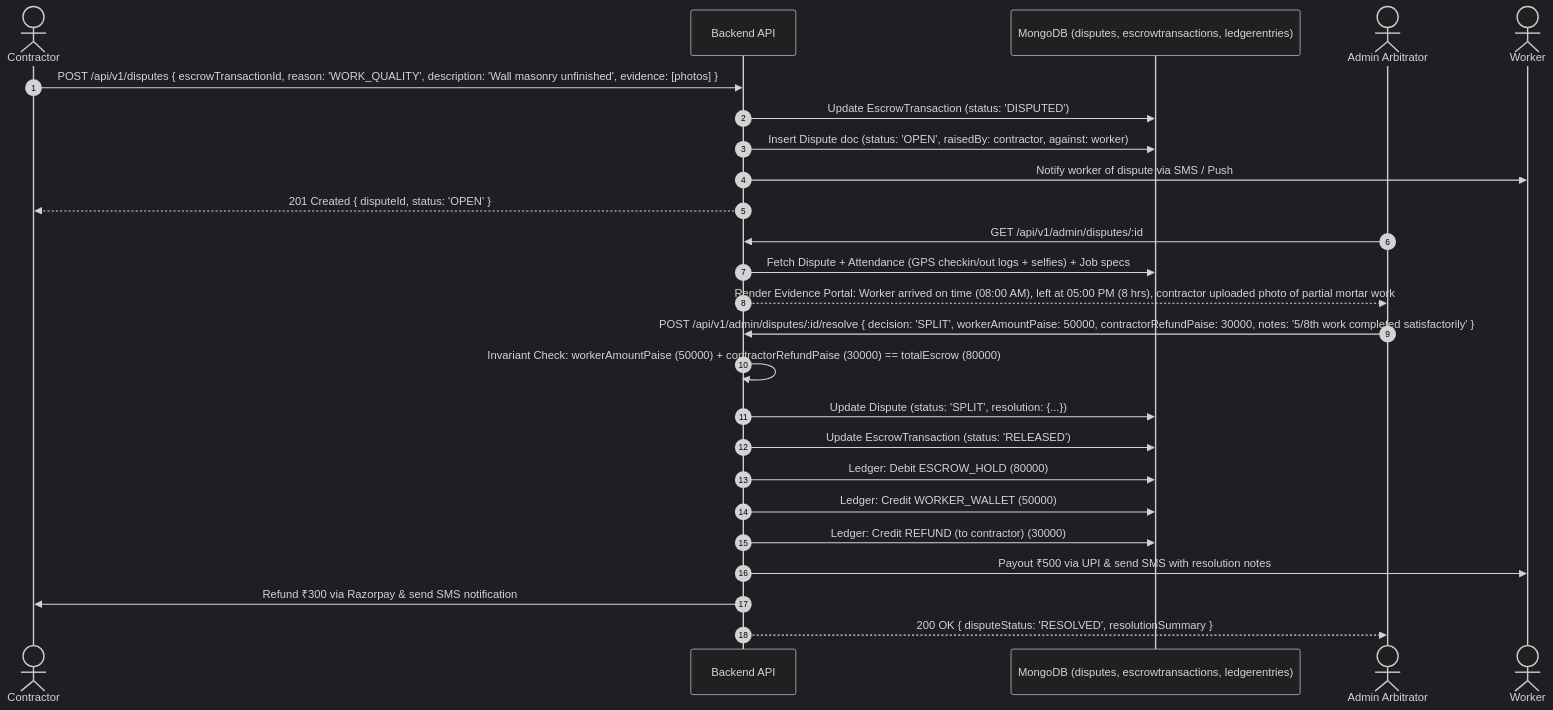
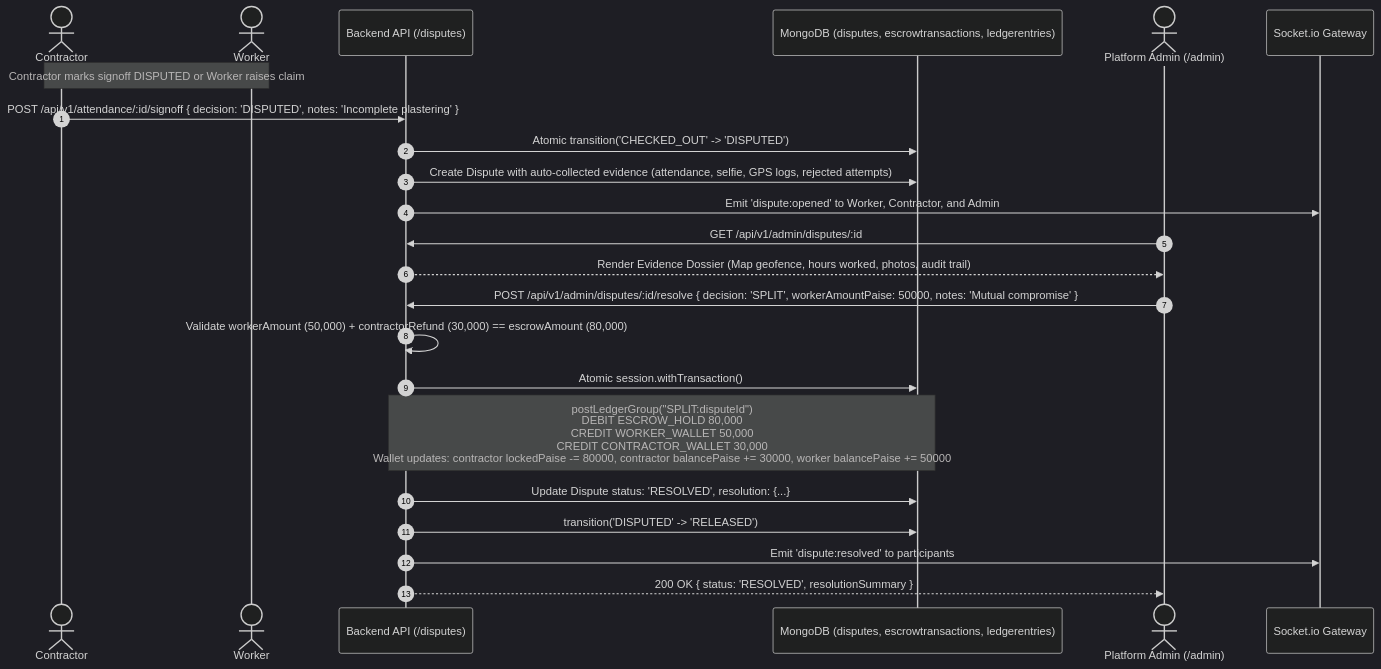
The ninth of 11 diagrams in docs/architecture.md (kasimshah19/WorkPulse), drawn with Mermaid (dark theme) before and after one commit. The commit also changed other lines of this file and 76 other files, not shown here.

Commit message:
feat: phase 5 escrow, double-entry ledger, razorpay topup, state machine, auto-approval, payouts, disputes

````diff
--- a/docs/architecture.md
+++ b/docs/architecture.md
@@ -255,33 +368,30 @@
 ```mermaid
 sequenceDiagram
     autonumber
     actor C as Contractor
-    participant B as Backend API
+    actor W as Worker
+    participant B as Backend API (/disputes)
     participant DB as MongoDB (disputes, escrowtransactions, ledgerentries)
-    actor A as Admin Arbitrator
-    actor W as Worker
+    actor A as Platform Admin (/admin)
+    participant WS as Socket.io Gateway
 
-    C->>B: POST /api/v1/disputes { escrowTransactionId, reason: 'WORK_QUALITY', description: 'Wall masonry unfinished', evidence: [photos] }
-    B->>DB: Update EscrowTransaction (status: 'DISPUTED')
-    B->>DB: Insert Dispute doc (status: 'OPEN', raisedBy: contractor, against: worker)
-    B->>W: Notify worker of dispute via SMS / Push
-    B-->>C: 201 Created { disputeId, status: 'OPEN' }
+    Note over C,W: Contractor marks signoff DISPUTED or Worker raises claim
+    C->>B: POST /api/v1/attendance/:id/signoff { decision: 'DISPUTED', notes: 'Incomplete plastering' }
+    B->>DB: Atomic transition('CHECKED_OUT' -> 'DISPUTED')
+    B->>DB: Create Dispute with auto-collected evidence (attendance, selfie, GPS logs, rejected attempts)
+    B->>WS: Emit 'dispute:opened' to Worker, Contractor, and Admin
 
     A->>B: GET /api/v1/admin/disputes/:id
-    B->>DB: Fetch Dispute + Attendance (GPS checkin/out logs + selfies) + Job specs
-    B-->>A: Render Evidence Portal: Worker arrived on time (08:00 AM), left at 05:00 PM (8 hrs), contractor uploaded photo of partial mortar work
+    B-->>A: Render Evidence Dossier (Map geofence, hours worked, photos, audit trail)
 
-    A->>B: POST /api/v1/admin/disputes/:id/resolve { decision: 'SPLIT', workerAmountPaise: 50000, contractorRefundPaise: 30000, notes: '5/8th work completed satisfactorily' }
+    A->>B: POST /api/v1/admin/disputes/:id/resolve { decision: 'SPLIT', workerAmountPaise: 50000, notes: 'Mutual compromise' }
     
-    B->>B: Invariant Check: workerAmountPaise (50000) + contractorRefundPaise (30000) == totalEscrow (80000)
-    B->>DB: Update Dispute (status: 'SPLIT', resolution: {...})
-    B->>DB: Update EscrowTransaction (status: 'RELEASED')
+    B->>B: Validate workerAmount (50,000) + contractorRefund (30,000) == escrowAmount (80,000)
+    B->>DB: Atomic session.withTransaction()
+    Note over B,DB: postLedgerGroup("SPLIT:disputeId")<br/>DEBIT ESCROW_HOLD 80,000<br/>CREDIT WORKER_WALLET 50,000<br/>CREDIT CONTRACTOR_WALLET 30,000<br/>Wallet updates: contractor lockedPaise -= 80000, contractor balancePaise += 30000, worker balancePaise += 50000
+    B->>DB: Update Dispute status: 'RESOLVED', resolution: {...}
+    B->>DB: transition('DISPUTED' -> 'RELEASED')
     
-    B->>DB: Ledger: Debit ESCROW_HOLD (80000)
-    B->>DB: Ledger: Credit WORKER_WALLET (50000)
-    B->>DB: Ledger: Credit REFUND (to contractor) (30000)
-    
-    B->>W: Payout ₹500 via UPI & send SMS with resolution notes
-    B->>C: Refund ₹300 via Razorpay & send SMS notification
-    B-->>A: 200 OK { disputeStatus: 'RESOLVED', resolutionSummary }
+    B->>WS: Emit 'dispute:resolved' to participants
+    B-->>A: 200 OK { status: 'RESOLVED', resolutionSummary }
 ```
````
